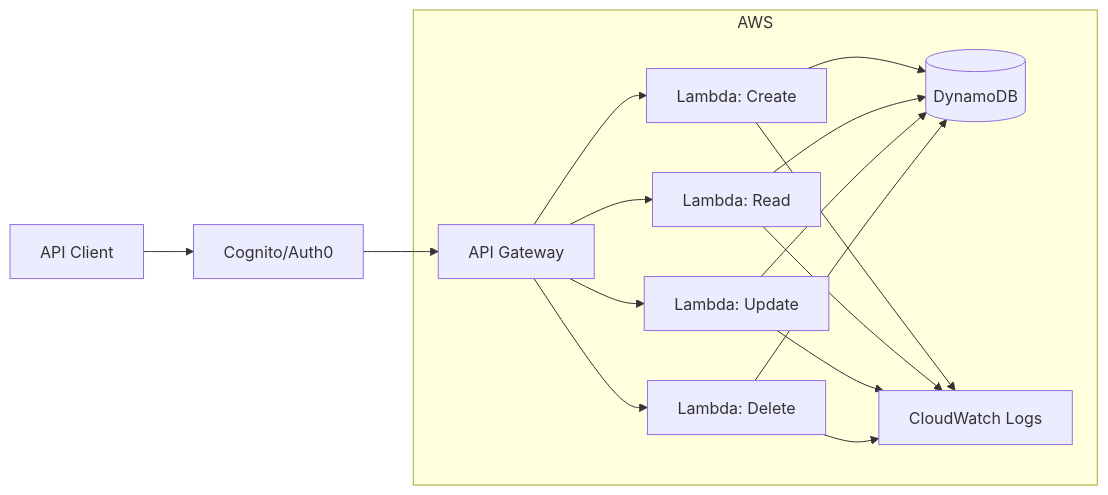
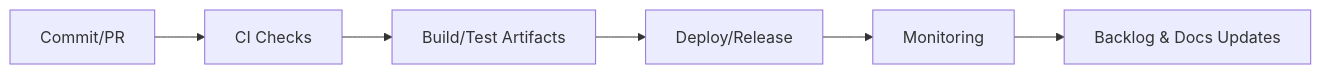
The second of 2 diagrams in projects/p11-serverless/README.md (samueljackson-collab/Portfolio-Project), drawn with Mermaid before and after one commit. The commit also changed other lines of this file and 85 other files, not shown here.

````diff
--- a/projects/p11-serverless/README.md
+++ b/projects/p11-serverless/README.md
@@ -20,20 +96,8 @@
 ```mermaid
 flowchart LR
-    Client[API Client]
-    Auth[Cognito/Auth0]
-
-    subgraph AWS
-        APIGW[API Gateway]
-        Lambda1[Lambda: Create]
-        Lambda2[Lambda: Read]
-        Lambda3[Lambda: Update]
-        Lambda4[Lambda: Delete]
-        DDB[(DynamoDB)]
-        CW[CloudWatch Logs]
-    end
-
-    Client --> Auth --> APIGW
-    APIGW --> Lambda1 & Lambda2 & Lambda3 & Lambda4
-    Lambda1 & Lambda2 & Lambda3 & Lambda4 --> DDB
-    Lambda1 & Lambda2 & Lambda3 & Lambda4 --> CW
+  A[Commit/PR] --> B[CI Checks]
+  B --> C[Build/Test Artifacts]
+  C --> D[Deploy/Release]
+  D --> E[Monitoring]
+  E --> F[Backlog & Docs Updates]
 ```
````
